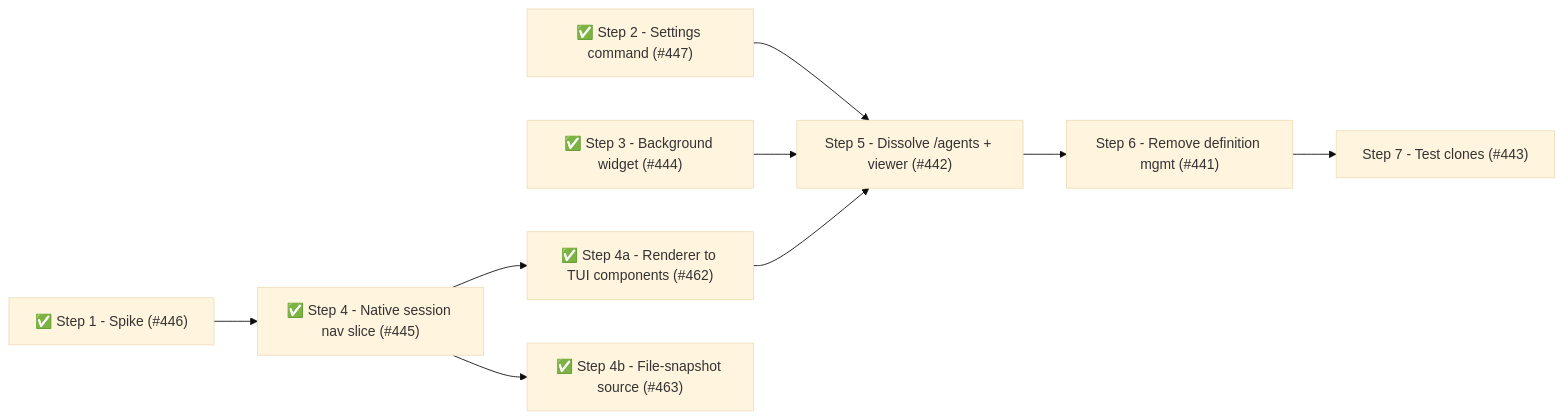
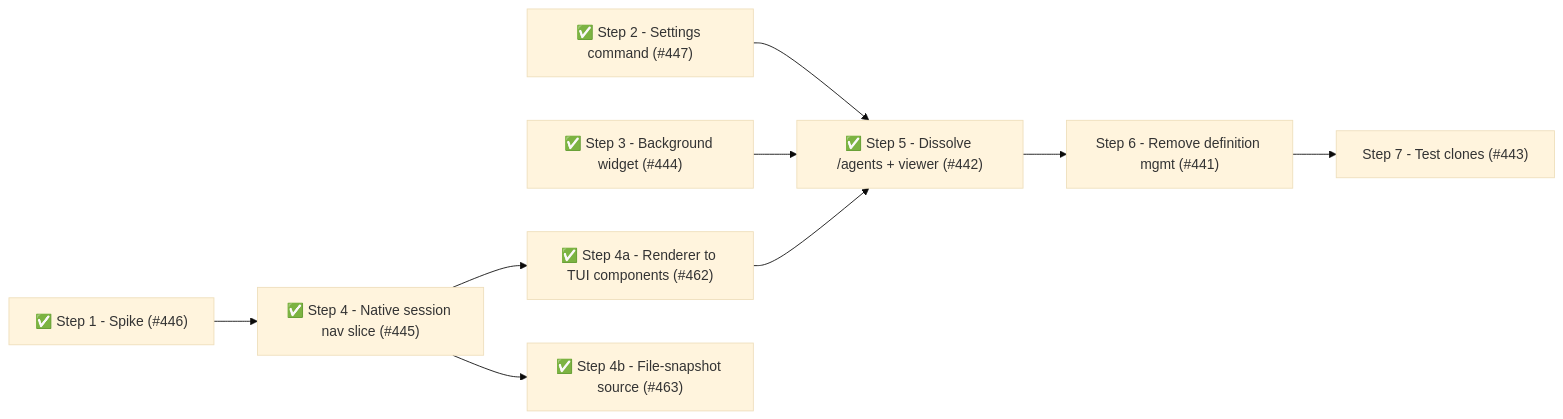
The sixth of 6 diagrams in packages/pi-subagents/docs/architecture/architecture.md (whaoa/forked-gotgenes-pi-packages), drawn with Mermaid (base theme) before and after one commit. The commit also changed other lines of this file and 10 other files, not shown here.

````diff
--- a/packages/pi-subagents/docs/architecture/architecture.md
+++ b/packages/pi-subagents/docs/architecture/architecture.md
@@ -1114,21 +1119,21 @@
 ```mermaid
 flowchart LR
     S1["✅ Step 1 - Spike (#446)"]
     S2["✅ Step 2 - Settings command (#447)"]
     S3["✅ Step 3 - Background widget (#444)"]
     S4["✅ Step 4 - Native session nav slice (#445)"]
     S4a["✅ Step 4a - Renderer to TUI components (#462)"]
     S4b["✅ Step 4b - File-snapshot source (#463)"]
-    S5["Step 5 - Dissolve /agents + viewer (#442)"]
+    S5["✅ Step 5 - Dissolve /agents + viewer (#442)"]
     S6["Step 6 - Remove definition mgmt (#441)"]
     S7["Step 7 - Test clones (#443)"]
 
     S1 --> S4
     S4 --> S4a
     S4 --> S4b
     S2 --> S5
     S3 --> S5
     S4a --> S5
     S5 --> S6
     S6 --> S7
 ```
````
